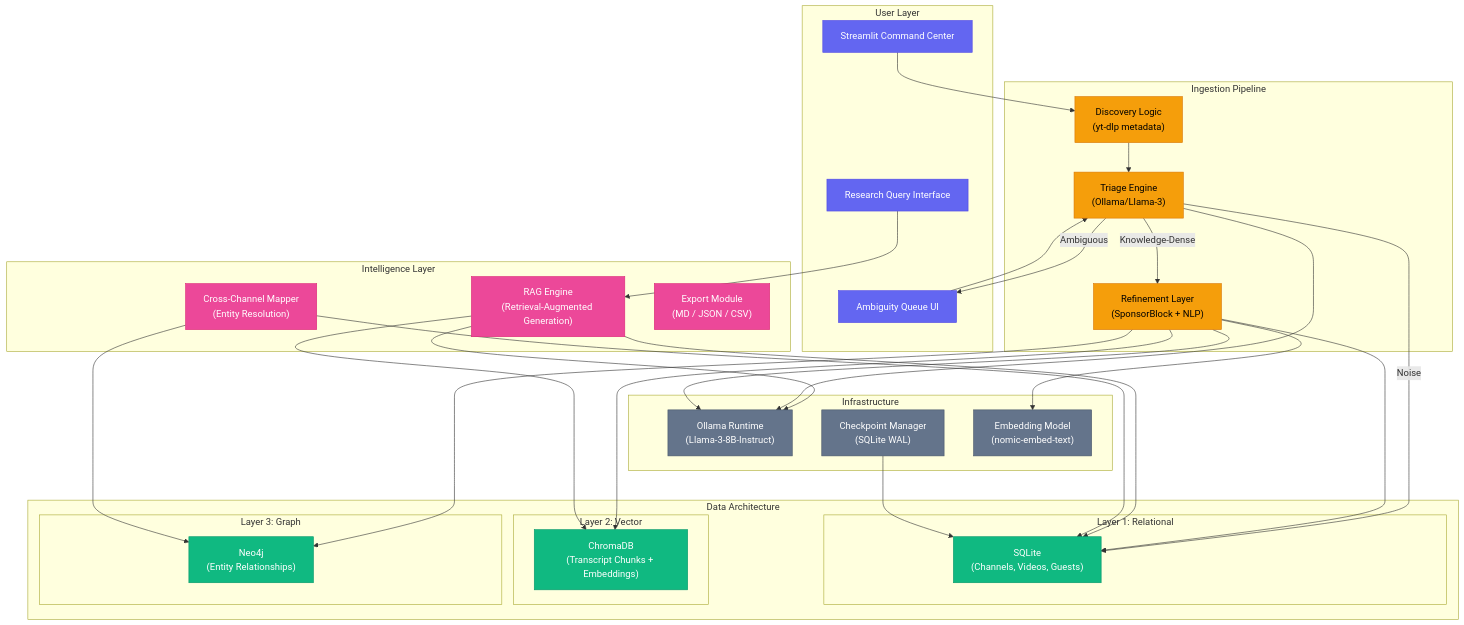
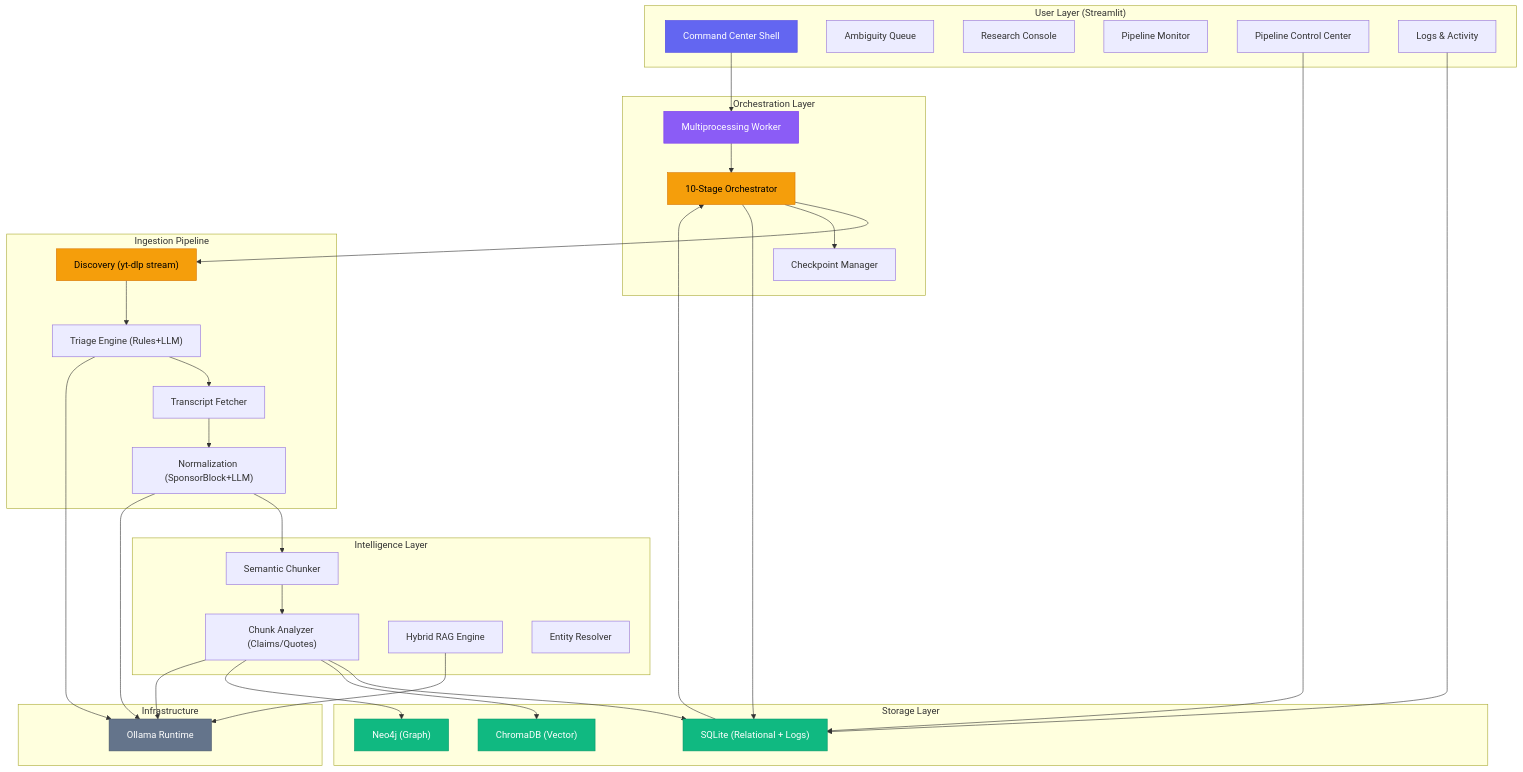
One commit to AmanGarg1999/YTVault changed the first of 7 diagrams in Technical_Specification.md. Above: the diagram before and after it, drawn with Mermaid. The commit also changed other lines of this file and 10 other files, not shown here.

First line of the commit message:
feat: Add Data Management and Logs Monitor pages; enhance Pipeline Control functionality

````diff
--- a/Technical_Specification.md
+++ b/Technical_Specification.md
@@ -25,78 +25,73 @@
 ```mermaid
 graph TB
-    subgraph "User Layer"
-        UI["Streamlit Command Center"]
-        AQ["Ambiguity Queue UI"]
-        QI["Research Query Interface"]
+    subgraph "User Layer (Streamlit)"
+        UI["Command Center Shell"]
+        AQ["Ambiguity Queue"]
+        QI["Research Console"]
+        PM["Pipeline Monitor"]
+        PC["Pipeline Control Center"]
+        LM["Logs & Activity"]
+    end
+
+    subgraph "Orchestration Layer"
+        WK["Multiprocessing Worker"]
+        OR["10-Stage Orchestrator"]
+        CP["Checkpoint Manager"]
     end
 
     subgraph "Ingestion Pipeline"
-        DL["Discovery Logic<br/>(yt-dlp metadata)"]
-        TE["Triage Engine<br/>(Ollama/Llama-3)"]
-        RF["Refinement Layer<br/>(SponsorBlock + NLP)"]
-    end
-
-    subgraph "Data Architecture"
-        subgraph "Layer 1: Relational"
-            PG["SQLite<br/>(Channels, Videos, Guests)"]
-        end
-        subgraph "Layer 2: Vector"
-            CH["ChromaDB<br/>(Transcript Chunks + Embeddings)"]
-        end
-        subgraph "Layer 3: Graph"
-            NE["Neo4j<br/>(Entity Relationships)"]
-        end
+        DL["Discovery (yt-dlp stream)"]
+        TE["Triage Engine (Rules+LLM)"]
+        TR["Transcript Fetcher"]
+        RF["Normalization (SponsorBlock+LLM)"]
     end
 
     subgraph "Intelligence Layer"
-        RAG["RAG Engine<br/>(Retrieval-Augmented Generation)"]
-        CCM["Cross-Channel Mapper<br/>(Entity Resolution)"]
-        EXP["Export Module<br/>(MD / JSON / CSV)"]
+        CA["Chunk Analyzer (Claims/Quotes)"]
+        SC["Semantic Chunker"]
+        RAG["Hybrid RAG Engine"]
+        CCM["Entity Resolver"]
+    end
+
+    subgraph "Storage Layer"
+        SQ["SQLite (Relational + Logs)"]
+        CH["ChromaDB (Vector)"]
+        NE["Neo4j (Graph)"]
     end
 
     subgraph "Infrastructure"
-        OL["Ollama Runtime<br/>(Llama-3-8B-Instruct)"]
-        CP["Checkpoint Manager<br/>(SQLite WAL)"]
-        EMB["Embedding Model<br/>(nomic-embed-text)"]
+        OL["Ollama Runtime"]
     end
 
-    UI --> DL
-    AQ --> TE
-    QI --> RAG
+    UI --> WK
+    WK --> OR
+    OR --> DL
+    DL --> TE
+    TE --> TR
+    TR --> RF
+    RF --> SC
+    SC --> CA
+    CA --> SQ
+    CA --> CH
+    CA --> NE
 
-    DL --> TE
-    TE -->|"Knowledge-Dense"| RF
-    TE -->|"Ambiguous"| AQ
-    TE -->|"Noise"| PG
-
-    RF --> PG
-    RF --> CH
-    RF --> NE
-
-    RAG --> CH
-    RAG --> PG
-    RAG --> OL
-    CCM --> NE
-    CCM --> PG
+    OR --> CP
+    OR --> SQ
+    PC --> SQ
+    LM --> SQ
+    SQ --> OR
 
     TE --> OL
     RF --> OL
-    RF --> EMB
-    CP --> PG
+    CA --> OL
+    RAG --> OL
 
     style UI fill:#6366f1,stroke:#4f46e5,color:#fff
-    style AQ fill:#6366f1,stroke:#4f46e5,color:#fff
-    style QI fill:#6366f1,stroke:#4f46e5,color:#fff
+    style WK fill:#8b5cf6,stroke:#7c3aed,color:#fff
+    style OR fill:#f59e0b,stroke:#d97706,color:#000
     style DL fill:#f59e0b,stroke:#d97706,color:#000
-    style TE fill:#f59e0b,stroke:#d97706,color:#000
-    style RF fill:#f59e0b,stroke:#d97706,color:#000
-    style PG fill:#10b981,stroke:#059669,color:#fff
+    style SQ fill:#10b981,stroke:#059669,color:#fff
     style CH fill:#10b981,stroke:#059669,color:#fff
     style NE fill:#10b981,stroke:#059669,color:#fff
-    style RAG fill:#ec4899,stroke:#db2777,color:#fff
-    style CCM fill:#ec4899,stroke:#db2777,color:#fff
-    style EXP fill:#ec4899,stroke:#db2777,color:#fff
     style OL fill:#64748b,stroke:#475569,color:#fff
-    style CP fill:#64748b,stroke:#475569,color:#fff
-    style EMB fill:#64748b,stroke:#475569,color:#fff
 ```
````
